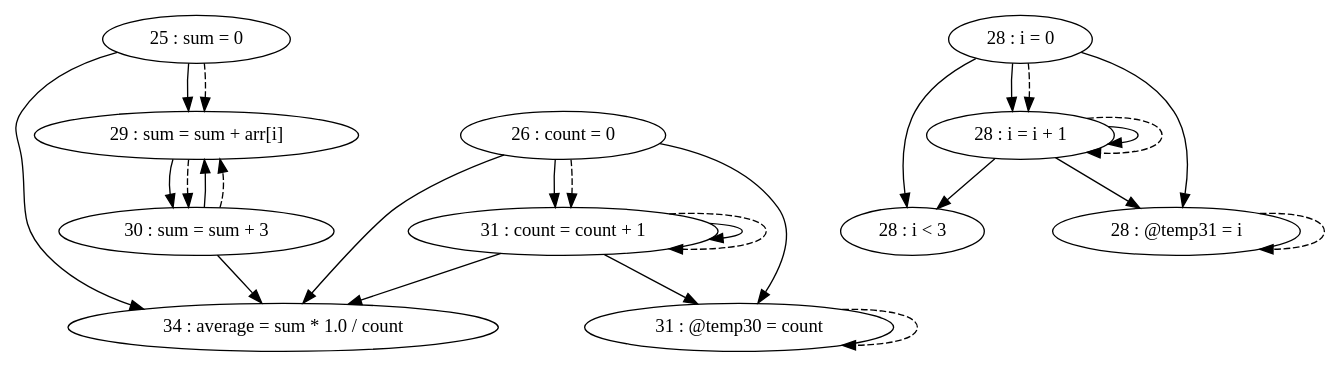
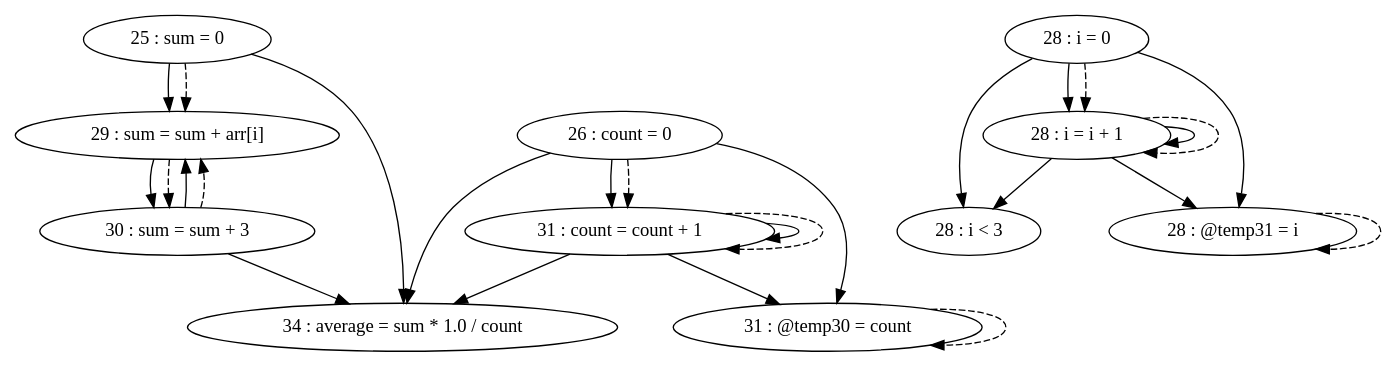
One commit to thomassimko/thesis-code-duplication changed the diagram in pdg/source/testFiles/TestCases/TestCase7/TestCase7-test2.gv. Above: the diagram before and after it, drawn with Graphviz. The commit also changed other lines of this file and 63 other files, not shown here.

Commit message:
fixed issue with loop in graph

```diff
--- a/pdg/source/testFiles/TestCases/TestCase7/TestCase7-test2.gv
+++ b/pdg/source/testFiles/TestCases/TestCase7/TestCase7-test2.gv
@@ -1,39 +1,39 @@
 digraph G {
 "25 : sum = 0"
+"25 : sum = 0" -> "29 : sum = sum + arr[i]"
 "25 : sum = 0" -> "34 : average = sum * 1.0 / count"
-"25 : sum = 0" -> "29 : sum = sum + arr[i]"
 "25 : sum = 0" -> "29 : sum = sum + arr[i]" [style=dashed]
 "26 : count = 0"
+"26 : count = 0" -> "31 : count = count + 1"
 "26 : count = 0" -> "31 : @temp30 = count"
-"26 : count = 0" -> "31 : count = count + 1"
 "26 : count = 0" -> "34 : average = sum * 1.0 / count"
 "26 : count = 0" -> "31 : count = count + 1" [style=dashed]
 "28 : i = 0"
 "28 : i = 0" -> "28 : i = i + 1"
 "28 : i = 0" -> "28 : i < 3"
 "28 : i = 0" -> "28 : @temp31 = i"
 "28 : i = 0" -> "28 : i = i + 1" [style=dashed]
 "28 : i < 3"
 "29 : sum = sum + arr[i]"
 "29 : sum = sum + arr[i]" -> "30 : sum = sum + 3"
 "29 : sum = sum + arr[i]" -> "30 : sum = sum + 3" [style=dashed]
 "30 : sum = sum + 3"
+"30 : sum = sum + 3" -> "29 : sum = sum + arr[i]"
 "30 : sum = sum + 3" -> "34 : average = sum * 1.0 / count"
-"30 : sum = sum + 3" -> "29 : sum = sum + arr[i]"
 "30 : sum = sum + 3" -> "29 : sum = sum + arr[i]" [style=dashed]
 "31 : @temp30 = count"
 "31 : @temp30 = count" -> "31 : @temp30 = count" [style=dashed]
 "31 : count = count + 1"
+"31 : count = count + 1" -> "31 : count = count + 1"
 "31 : count = count + 1" -> "31 : @temp30 = count"
-"31 : count = count + 1" -> "31 : count = count + 1"
 "31 : count = count + 1" -> "34 : average = sum * 1.0 / count"
 "31 : count = count + 1" -> "31 : count = count + 1" [style=dashed]
 "28 : @temp31 = i"
 "28 : @temp31 = i" -> "28 : @temp31 = i" [style=dashed]
 "28 : i = i + 1"
 "28 : i = i + 1" -> "28 : i = i + 1"
 "28 : i = i + 1" -> "28 : i < 3"
 "28 : i = i + 1" -> "28 : @temp31 = i"
 "28 : i = i + 1" -> "28 : i = i + 1" [style=dashed]
 "34 : average = sum * 1.0 / count"
 }
```
